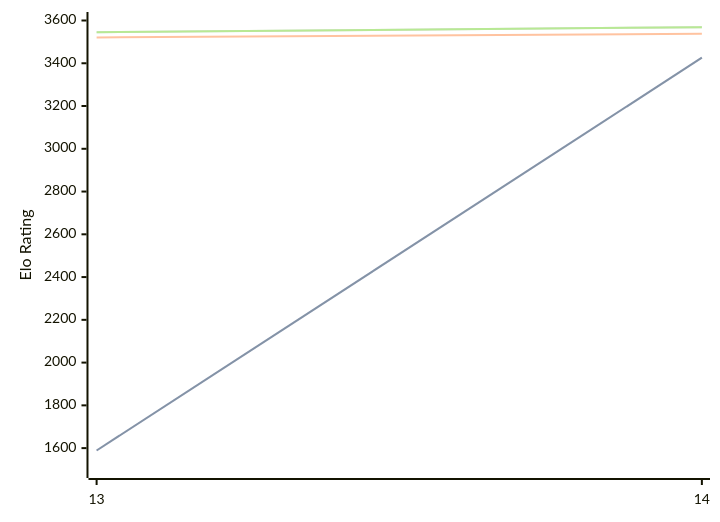
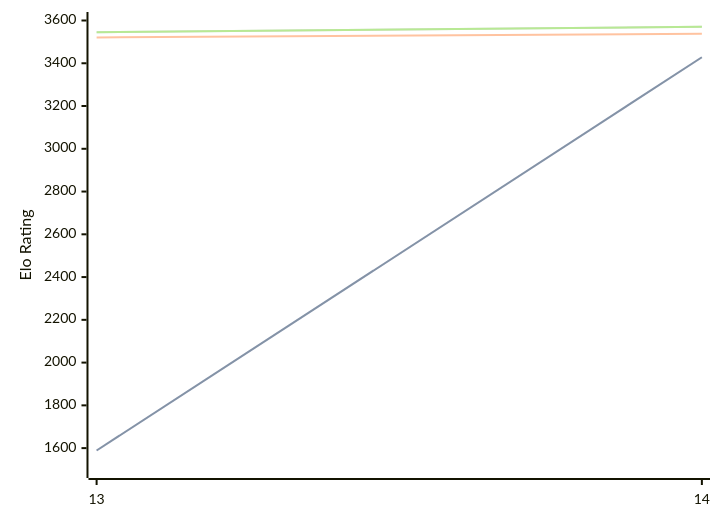
One commit to computer-chess-index/cci changed the diagram in engines/Berserk.md. Above: the diagram before and after it, drawn with Mermaid. The commit also changed other lines of this file, not shown here.

Commit message:
Update CCI Ratings (ELO VLTC) - 2026-08-19

````diff
--- a/engines/Berserk.md
+++ b/engines/Berserk.md
@@ -33,11 +33,11 @@
 ```mermaid
 %%{init: {"theme":"base","themeVariables":{"seriesColors:['#a3a3a3','#222221','#faa371']}}}%%
 xychart-beta
   x-axis ["13", "14"]
   y-axis "Elo Rating" 1500 --> 3600
-  line "STC (8.0+0.08s)" [1589, 3426]
-  line "STC (8.0+0.08s)" [1589, 3426]
+  line "STC (8.0+0.08s)" [1589, 3428]
+  line "STC (8.0+0.08s)" [1589, 3428]
   line "LTC (60.0+0.60s)" [3521, 3538]
-  line "VLTC (2m24s+1.12s)" [3545, 3569]
-  line "VLTC (2m24s+1.12s)" [3545, 3569]
+  line "VLTC (2m24s+1.12s)" [3545, 3571]
+  line "VLTC (2m24s+1.12s)" [3545, 3571]
 ```
````
